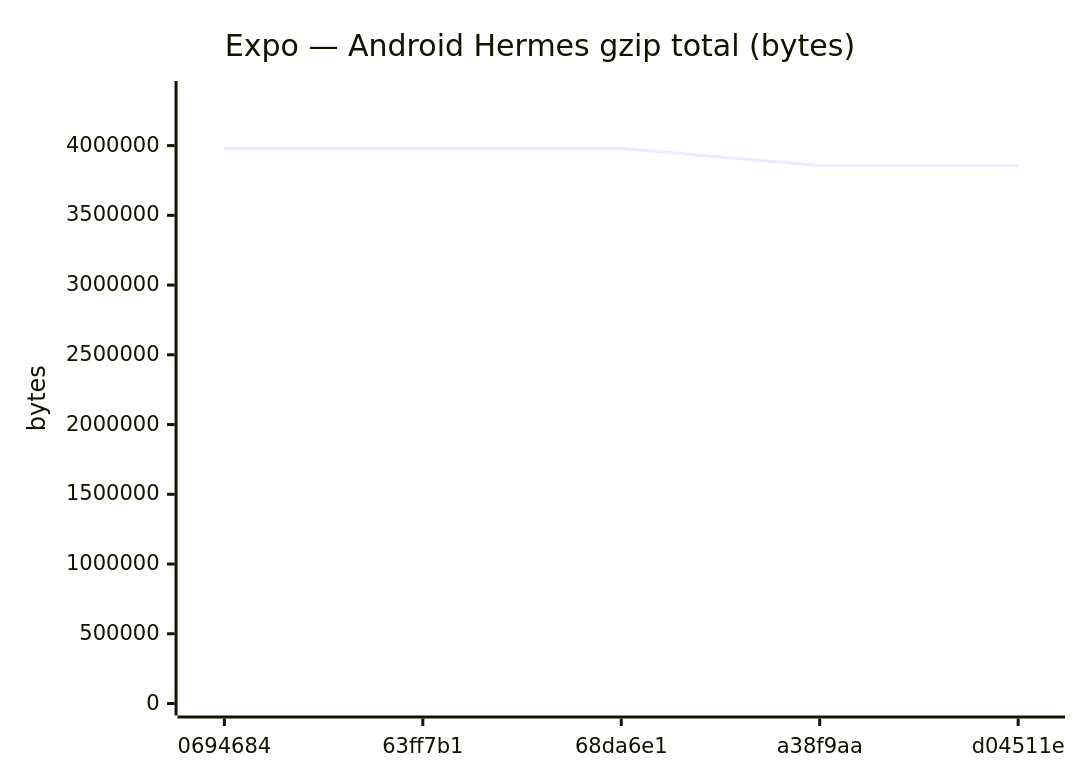
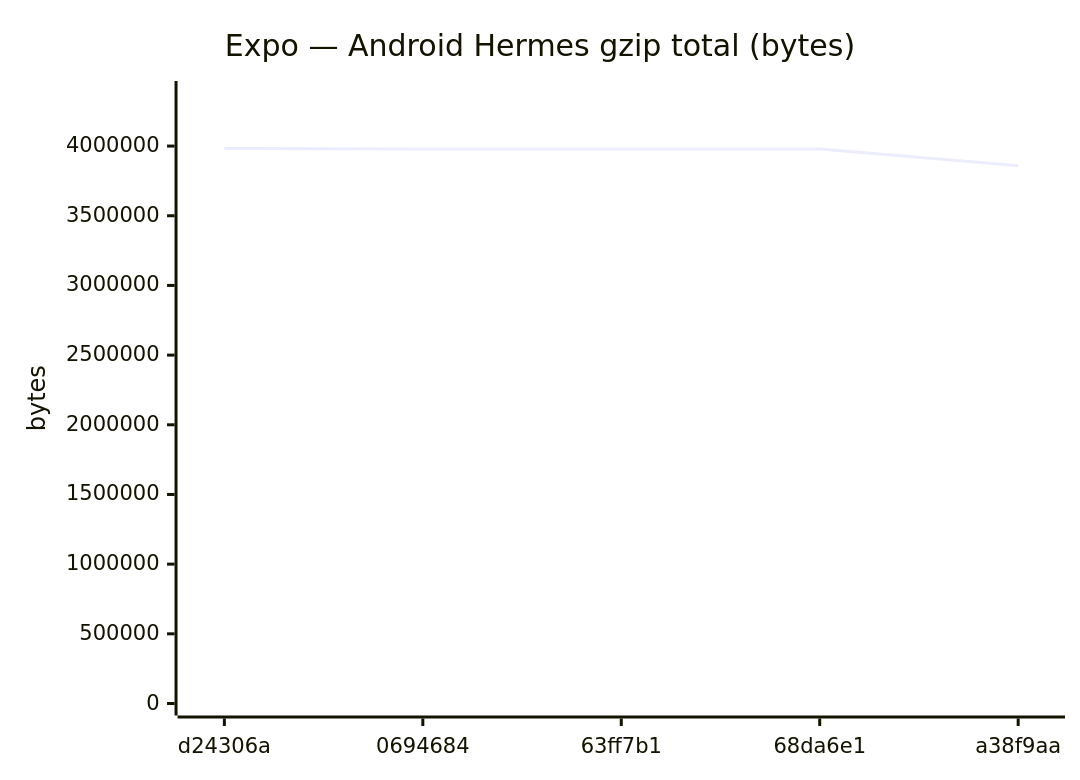
Diagram 11 of 18 in benchmarks/compare.md (Metaheurist/Rianell), drawn with Mermaid before and after one commit. The commit also changed other lines of this file and 11 other files, not shown here.

````diff
--- a/benchmarks/compare.md
+++ b/benchmarks/compare.md
@@ -172,7 +172,7 @@
 ```mermaid
 xychart-beta
     title "Expo — Android Hermes gzip total (bytes)"
-    x-axis ["0694684", "63ff7b1", "68da6e1", "a38f9aa", "d04511e"]
-    y-axis "bytes" 0 --> 4377096
-    line [3979178, 3979178, 3979178, 3858192, 3858192]
+    x-axis ["d24306a", "0694684", "63ff7b1", "68da6e1", "a38f9aa"]
+    y-axis "bytes" 0 --> 4380849
+    line [3982590, 3979178, 3979178, 3979178, 3858192]
 ```
````
